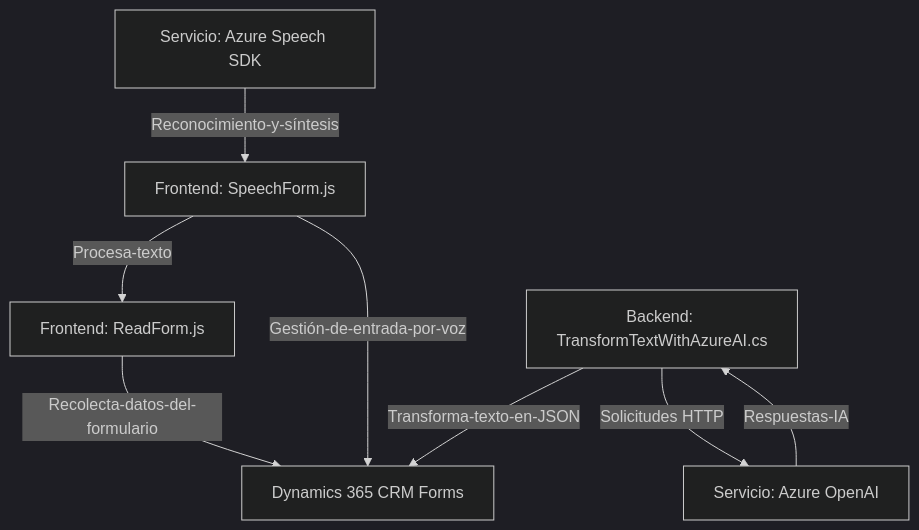
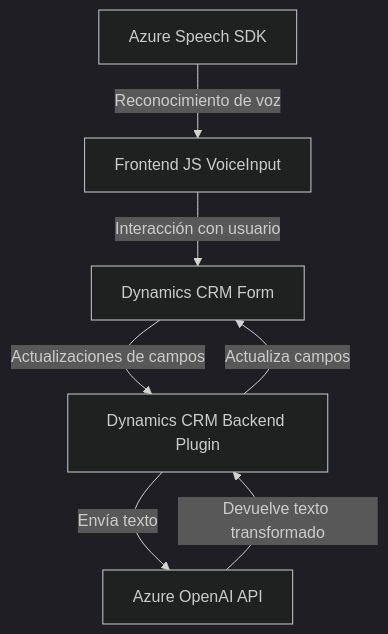
One commit to blopezdm/NETCORE_BILBAO2025 changed the diagram in README.md. Above: the diagram before and after it, drawn with Mermaid (dark theme). The commit also changed other lines of this file, not shown here.

Commit message:
Actualizar análisis global de la solución con IA

````diff
--- a/README.md
+++ b/README.md
@@ -42,17 +48,9 @@
 ```mermaid
 graph TD
-    A["Frontend: ReadForm.js"]
-    B["Frontend: SpeechForm.js"]
-    C["Backend: TransformTextWithAzureAI.cs"]
-    D["Servicio: Azure Speech SDK"]
-    E["Servicio: Azure OpenAI"]
-    F["Dynamics 365 CRM Forms"]
-
-    A -->|Recolecta-datos-del-formulario| F
-    B -->|Gestión-de-entrada-por-voz| F
-    D -->|Reconocimiento-y-síntesis| B
-    B -->|Procesa-texto| A
-    C -->|Transforma-texto-en-JSON| F
-    C -->|Solicitudes HTTP| E
-    E -->|Respuestas-IA| C
+    A["Azure Speech SDK"] -->|Reconocimiento de voz| B["Frontend JS VoiceInput"]
+    B -->|Interacción con usuario| C["Dynamics CRM Form"]
+    C -->|Actualizaciones de campos| D["Dynamics CRM Backend Plugin"]
+    D -->|Envía texto| E["Azure OpenAI API"]
+    E -->|Devuelve texto transformado| D
+    D -->|Actualiza campos| C
 ```
````
